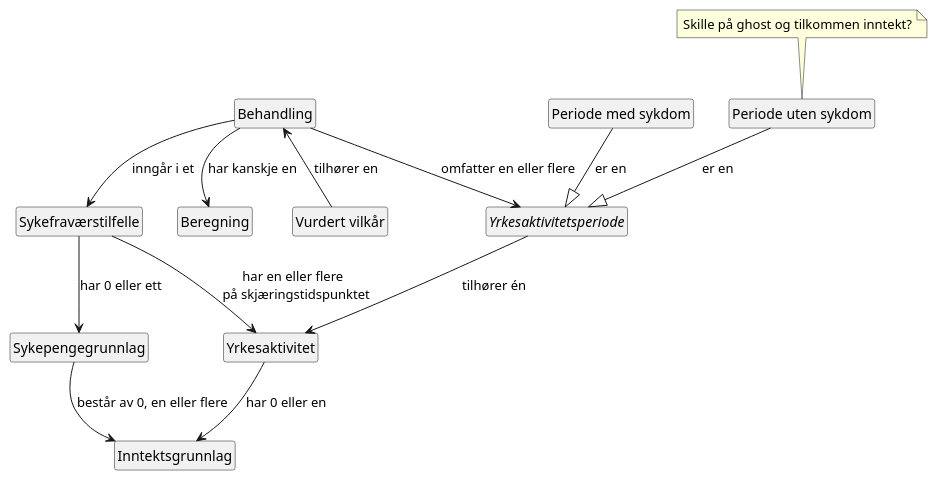
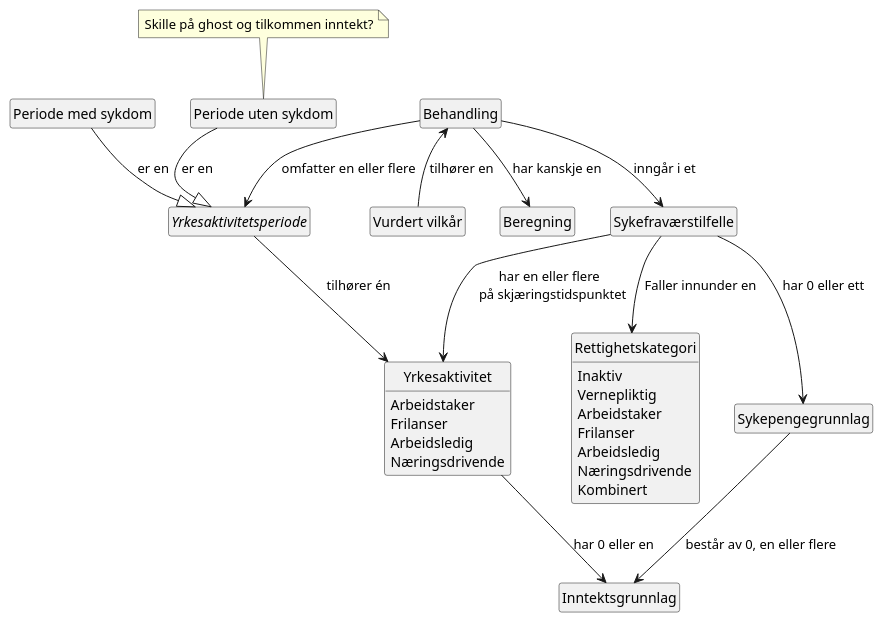
One commit to navikt/helse-bakrommet changed the diagram in docs/domenemodell.puml. Above: the diagram before and after it, drawn with PlantUML.

Commit message:
📝 Rettighetskategori

```diff
--- a/docs/domenemodell.puml
+++ b/docs/domenemodell.puml
@@ -1,43 +1,59 @@
 @startuml
 
 class Behandling
 
 class Sykefraværstilfelle
 
 class Sykepengegrunnlag
 
 class Beregning
 
 interface Yrkesaktivitetsperiode
 
-class Yrkesaktivitet
+class Yrkesaktivitet {
+    Arbeidstaker
+    Frilanser
+    Arbeidsledig
+    Næringsdrivende
+}
+
+class Rettighetskategori {
+    Inaktiv
+    Vernepliktig
+    Arbeidstaker
+    Frilanser
+    Arbeidsledig
+    Næringsdrivende
+    Kombinert
+}
 
 class Inntektsgrunnlag
 
 class MedSykdom as "Periode med sykdom"
 
 class UtenSykdom as "Periode uten sykdom"
 
 class VurdertVilkår as "Vurdert vilkår"
 
 Behandling --> Yrkesaktivitetsperiode: omfatter en eller flere
 Behandling --> Sykefraværstilfelle: inngår i et
 Sykefraværstilfelle --> Yrkesaktivitet: har en eller flere \n på skjæringstidspunktet
 Sykefraværstilfelle --> Sykepengegrunnlag: har 0 eller ett
 Sykepengegrunnlag --> Inntektsgrunnlag: består av 0, en eller flere
 Yrkesaktivitet --> Inntektsgrunnlag: har 0 eller en
+Sykefraværstilfelle --> Rettighetskategori: Faller innunder en
 
 Behandling <-- VurdertVilkår: tilhører en
 Yrkesaktivitetsperiode --> Yrkesaktivitet: tilhører én
 MedSykdom --|> Yrkesaktivitetsperiode: er en
 UtenSykdom --|> Yrkesaktivitetsperiode: er en
 Behandling --> Beregning: har kanskje en
 
 note top of UtenSykdom
   Skille på ghost og tilkommen inntekt?
 end note
 
 hide empty members
 hide circle
 
 @enduml
```
